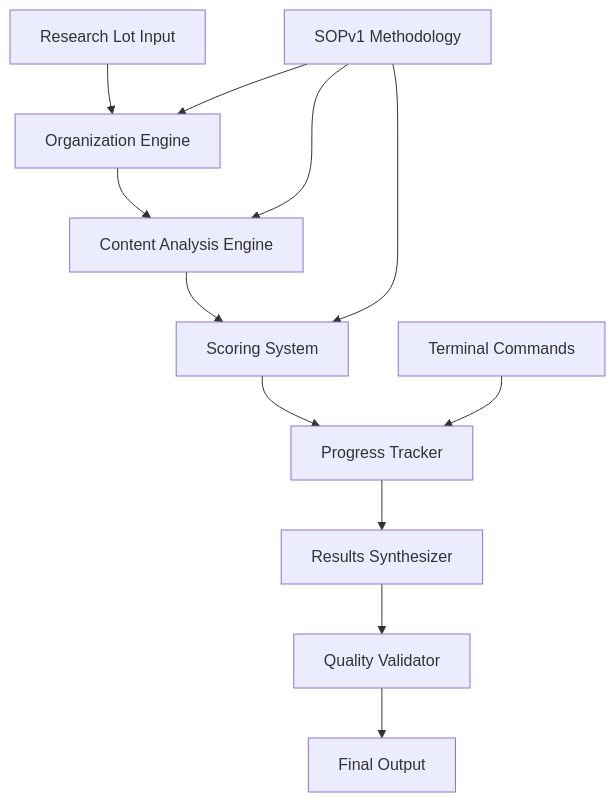
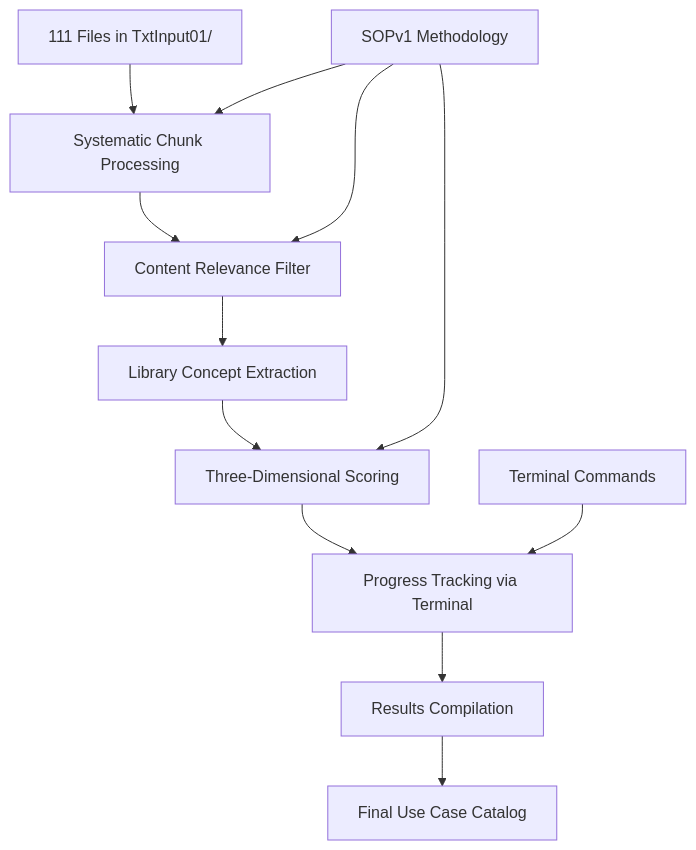
The diagram in .kiro/specs/rust-library-discovery-system/design.md (before-i-go/.github), drawn with Mermaid before and after one commit. The commit also changed other lines of this file and 2 other files, not shown here.

Commit message:
progress at 20250922210328

````diff
--- a/.kiro/specs/rust-library-discovery-system/design.md
+++ b/.kiro/specs/rust-library-discovery-system/design.md
@@ -13,15 +13,15 @@
 ```mermaid
 graph TB
-    A[Research Lot Input] --> B[Organization Engine]
-    B --> C[Content Analysis Engine]
-    C --> D[Scoring System]
-    D --> E[Progress Tracker]
-    E --> F[Results Synthesizer]
-    F --> G[Quality Validator]
-    G --> H[Final Output]
+    A[111 Files in TxtInput01/] --> B[Systematic Chunk Processing]
+    B --> C[Content Relevance Filter]
+    C --> D[Library Concept Extraction]
+    D --> E[Three-Dimensional Scoring]
+    E --> F[Progress Tracking via Terminal]
+    F --> G[Results Compilation]
+    G --> H[Final Use Case Catalog]
     
-    I[Terminal Commands] --> E
-    J[SOPv1 Methodology] --> B
-    J --> C
-    J --> D
+    I[SOPv1 Methodology] --> B
+    I --> C
+    I --> E
+    J[Terminal Commands] --> F
 ```
````
